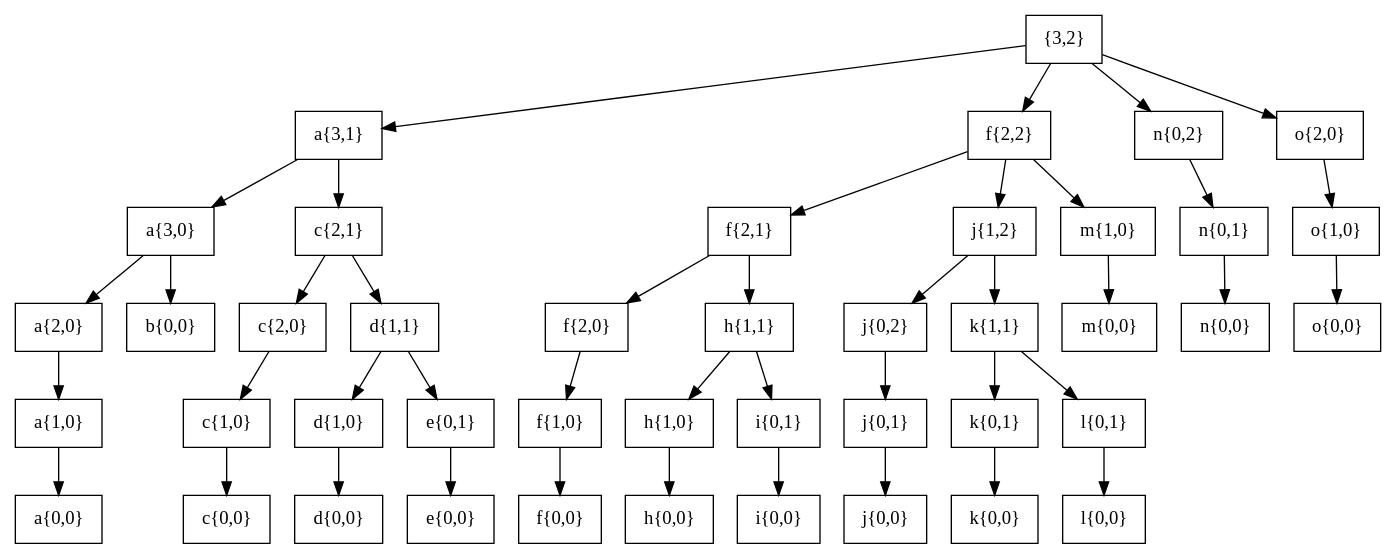
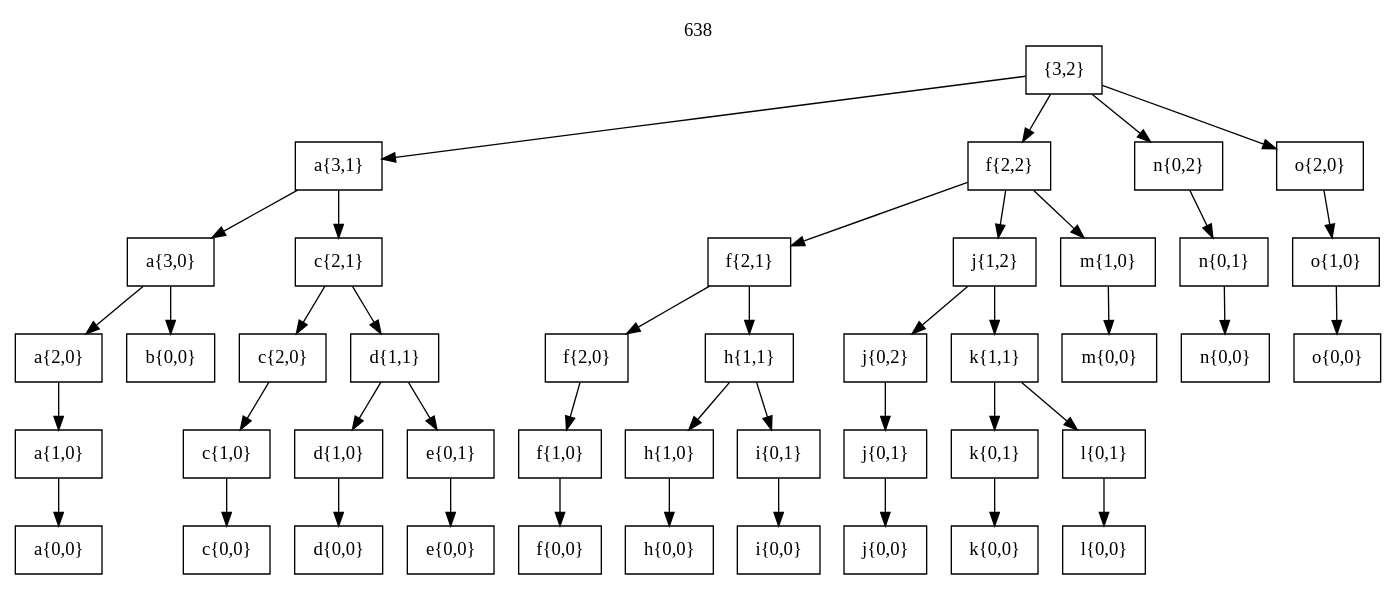
The diagram in base/dp/638.dot (pangyouzhen/data-structure), drawn with Graphviz before and after one commit. The commit also changed 6 other files, not shown here.

```diff
--- a/base/dp/638.dot
+++ b/base/dp/638.dot
@@ -1,23 +1,24 @@
 digraph G {
+
+    labelloc="t";
+    label="638";
     node [shape = "box",];
-    {
     // 单个B [0,1]
     "{3,2}" -> "a{3,1}" -> "a{3,0}" -> "a{2,0}" -> "a{1,0}" -> "a{0,0}";
     "a{3,0}" -> "b{0,0}";
     "a{3,1}" -> "c{2,1}" -> "c{2,0}" -> "c{1,0}" -> "c{0,0}";
     "c{2,1}" -> "d{1,1}" -> "d{1,0}" -> "d{0,0}";
     "d{1,1}" -> "e{0,1}" -> "e{0,0}";
     //    单个A [1,0]
     "{3,2}" -> "f{2,2}" -> "f{2,1}" -> "f{2,0}" -> "f{1,0}" -> "f{0,0}";
     "f{2,1}" -> "h{1,1}" -> "h{1,0}" -> "h{0,0}";
     "h{1,1}" -> "i{0,1}" -> "i{0,0}";
     "f{2,2}" -> "j{1,2}" -> "j{0,2}" -> "j{0,1}" -> "j{0,0}";
     "j{1,2}" -> "k{1,1}" -> "k{0,1}" -> "k{0,0}";
     "k{1,1}" -> "l{0,1}" -> "l{0,0}";
     "f{2,2}" -> "m{1,0}" -> "m{0,0}";
     //    单个礼包C [3,0]
     "{3,2}" -> "n{0,2}" -> "n{0,1}" -> "n{0,0}";
     //    单个礼包D [1,2]
     "{3,2}" -> "o{2,0}" -> "o{1,0}" -> "o{0,0}";
-    }
 }
```
